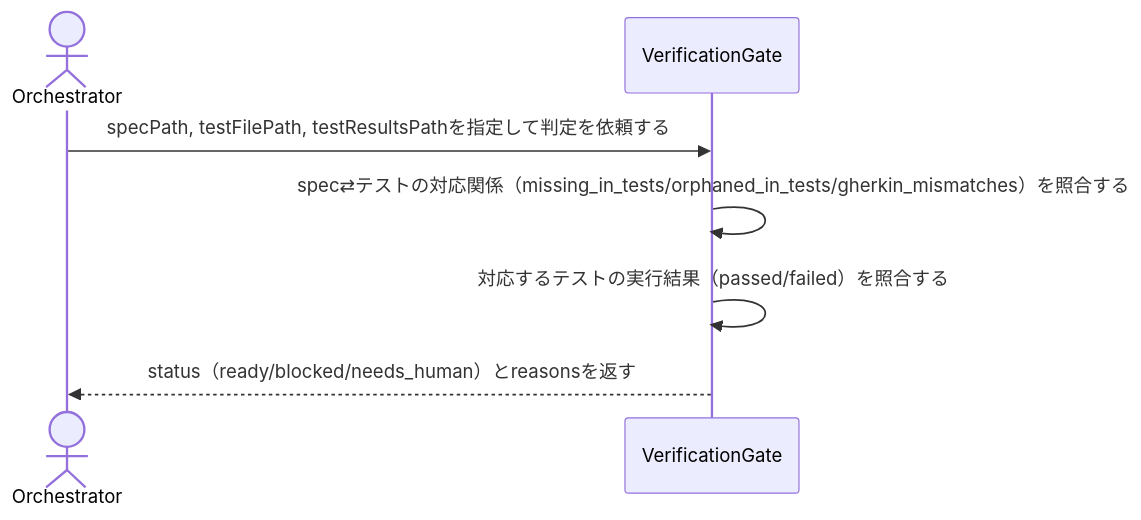
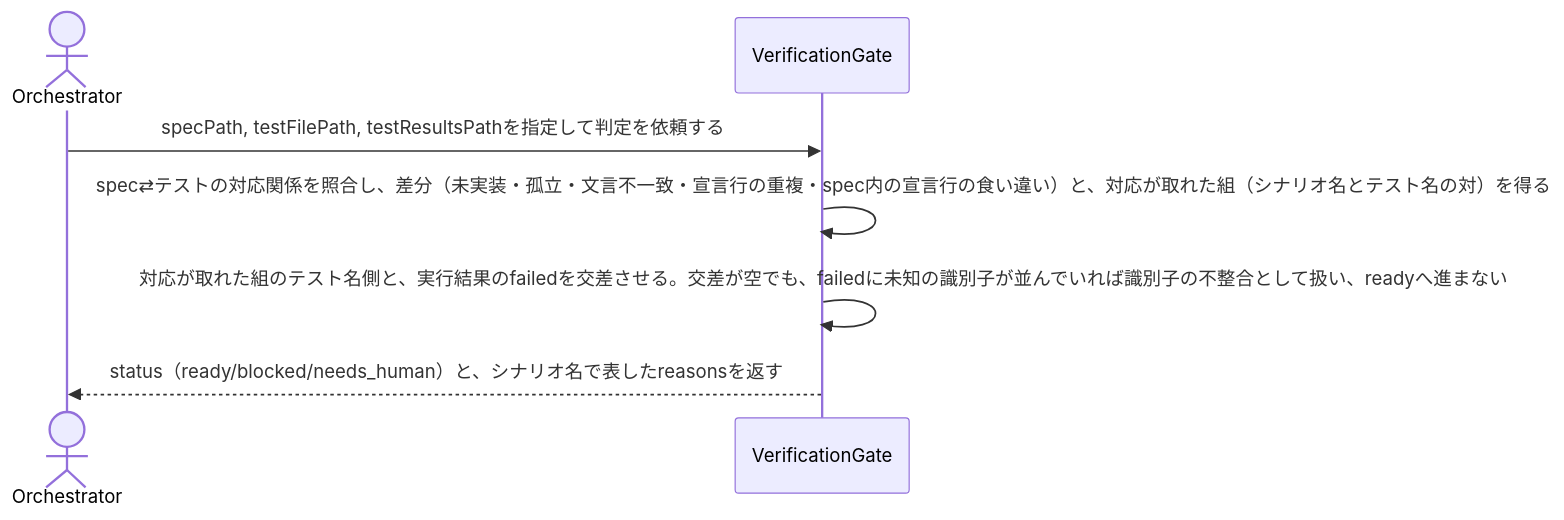
The diagram in .waffle/specs/bc-waffle/subdomain/sd-flow-gate/usecase/uc-check-verification-gate.md (daidaiiro-519/waffle), drawn with Mermaid before and after one commit. The commit also changed other lines of this file and 6 other files, not shown here.

````diff
--- a/.waffle/specs/bc-waffle/subdomain/sd-flow-gate/usecase/uc-check-verification-gate.md
+++ b/.waffle/specs/bc-waffle/subdomain/sd-flow-gate/usecase/uc-check-verification-gate.md
@@ -38,8 +46,8 @@
 ```mermaid
 sequenceDiagram
     actor Orchestrator
     Orchestrator->>VerificationGate: specPath, testFilePath, testResultsPathを指定して判定を依頼する
-    VerificationGate->>VerificationGate: spec⇄テストの対応関係（missing_in_tests/orphaned_in_tests/gherkin_mismatches）を照合する
-    VerificationGate->>VerificationGate: 対応するテストの実行結果（passed/failed）を照合する
-    VerificationGate-->>Orchestrator: status（ready/blocked/needs_human）とreasonsを返す
+    VerificationGate->>VerificationGate: spec⇄テストの対応関係を照合し、差分（未実装・孤立・文言不一致・宣言行の重複・spec内の宣言行の食い違い）と、対応が取れた組（シナリオ名とテスト名の対）を得る
+    VerificationGate->>VerificationGate: 対応が取れた組のテスト名側と、実行結果のfailedを交差させる。交差が空でも、failedに未知の識別子が並んでいれば識別子の不整合として扱い、readyへ進まない
+    VerificationGate-->>Orchestrator: status（ready/blocked/needs_human）と、シナリオ名で表したreasonsを返す
 ```
````
